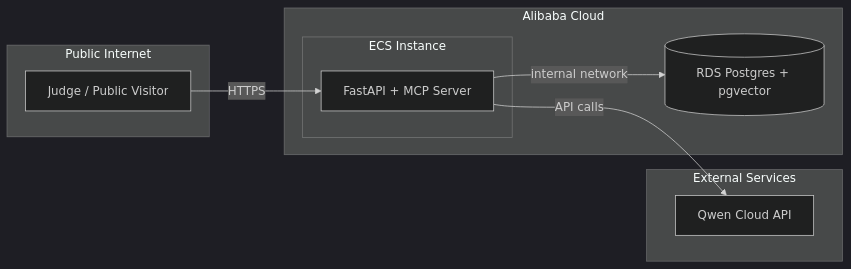
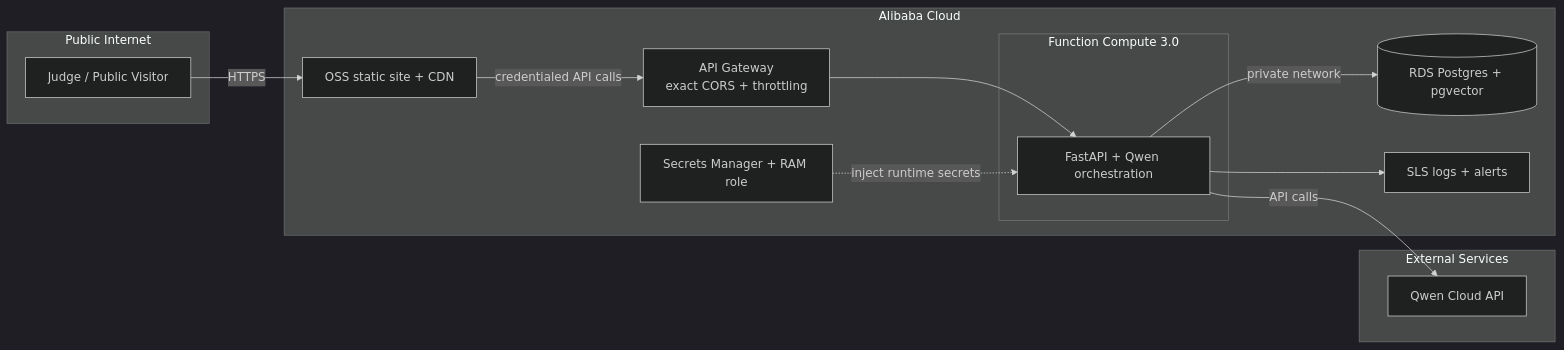
Before and after one commit to lx-singw/volta-memory: the third of 3 diagrams in docs/15_Architecture_Diagram_Spec.md, drawn with Mermaid (dark theme). The commit also changed other lines of this file and 80 other files, not shown here.

Commit message:
feat: harden Volta memory product and release flow

````diff
--- a/docs/15_Architecture_Diagram_Spec.md
+++ b/docs/15_Architecture_Diagram_Spec.md
@@ -127,21 +126,29 @@
 ```mermaid
 graph LR
     subgraph Public["Public Internet"]
         Judge[Judge / Public Visitor]
     end
 
     subgraph Alibaba["Alibaba Cloud"]
-        subgraph ECS["ECS Instance"]
-            App[FastAPI + MCP Server]
+        CDN[OSS static site + CDN]
+        Gateway[API Gateway\nexact CORS + throttling]
+        subgraph FC["Function Compute 3.0"]
+            App[FastAPI + Qwen orchestration]
         end
         RDS[(RDS Postgres + pgvector)]
+        Secrets[Secrets Manager + RAM role]
+        SLS[SLS logs + alerts]
     end
 
     subgraph External["External Services"]
         Qwen[Qwen Cloud API]
     end
 
-    Judge -->|HTTPS| App
-    App -->|internal network| RDS
+    Judge -->|HTTPS| CDN
+    CDN -->|credentialed API calls| Gateway
+    Gateway --> App
+    App -->|private network| RDS
     App -->|API calls| Qwen
+    Secrets -. inject runtime secrets .-> App
+    App --> SLS
 ```
````
